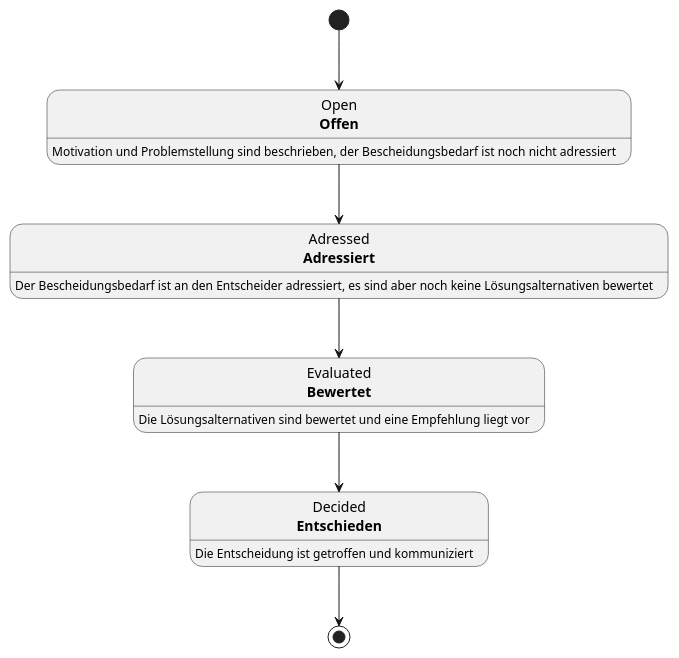
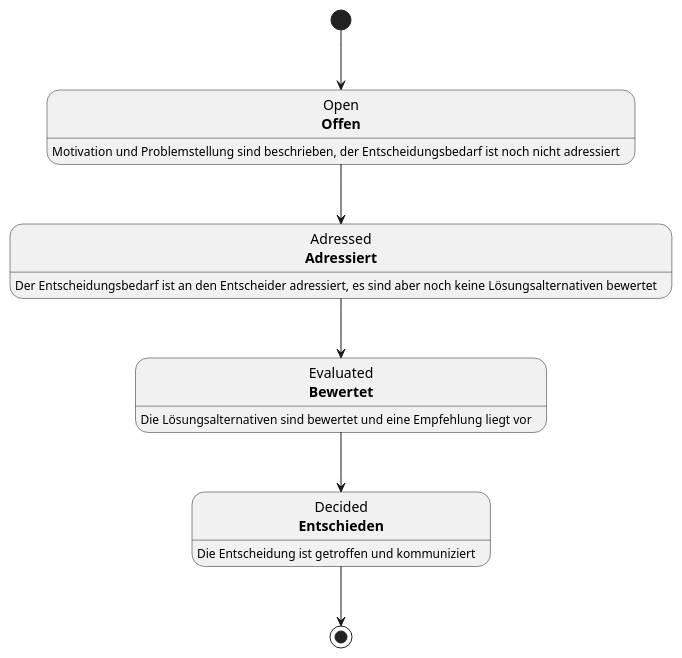
One commit to maas-nrw/definitions changed the diagram in plantuml/decision-process.puml. Above: the diagram before and after it, drawn with PlantUML.

```diff
--- a/plantuml/decision-process.puml
+++ b/plantuml/decision-process.puml
@@ -1,21 +1,21 @@
 @startuml
 
 state Open as "Open\n**Offen**"
 state Adressed as "Adressed\n**Adressiert**"
 state Evaluated as "Evaluated\n**Bewertet**"
 state Decided as "Decided\n**Entschieden**"
 
 [*] --> Open
 
 Open --> Adressed
 Adressed --> Evaluated
 Evaluated --> Decided
 
 Decided --> [*]
 
-Open : Motivation und Problemstellung sind beschrieben, der Bescheidungsbedarf ist noch nicht adressiert
-Adressed : Der Bescheidungsbedarf ist an den Entscheider adressiert, es sind aber noch keine Lösungsalternativen bewertet
+Open : Motivation und Problemstellung sind beschrieben, der Entscheidungsbedarf ist noch nicht adressiert
+Adressed : Der Entscheidungsbedarf ist an den Entscheider adressiert, es sind aber noch keine Lösungsalternativen bewertet
 Evaluated: Die Lösungsalternativen sind bewertet und eine Empfehlung liegt vor
 Decided : Die Entscheidung ist getroffen und kommuniziert
 
 @enduml
```
